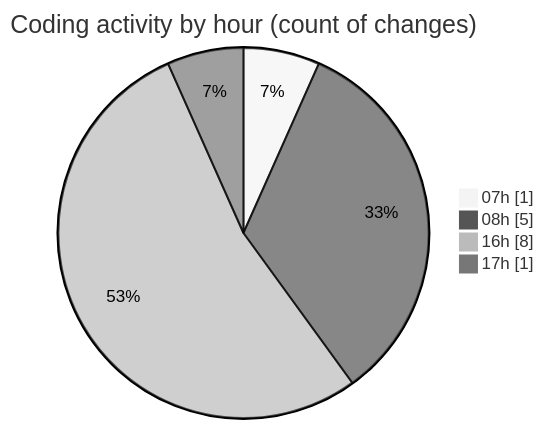
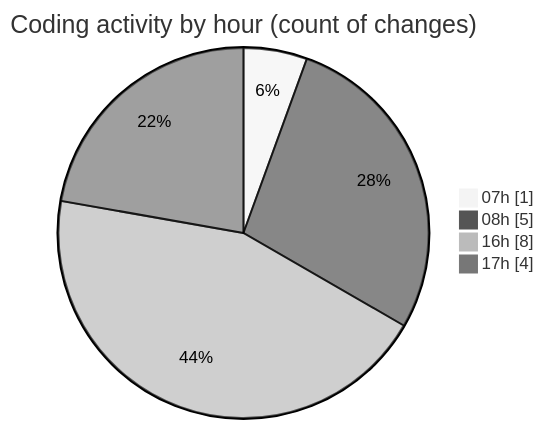
One commit to Elitesun/code-tracking changed the second of 2 diagrams in 2025-02-13/elitegpt/README.md. Above: the diagram before and after it, drawn with Mermaid (neutral theme). The commit also changed other lines of this file and 1 other file, not shown here.

````diff
--- a/2025-02-13/elitegpt/README.md
+++ b/2025-02-13/elitegpt/README.md
@@ -34,8 +35,8 @@
 ```mermaid
 pie showData
 title Coding activity by hour (count of changes)
 "07h" : 1
 "08h" : 5
 "16h" : 8
-"17h" : 1
+"17h" : 4
 ```
````
